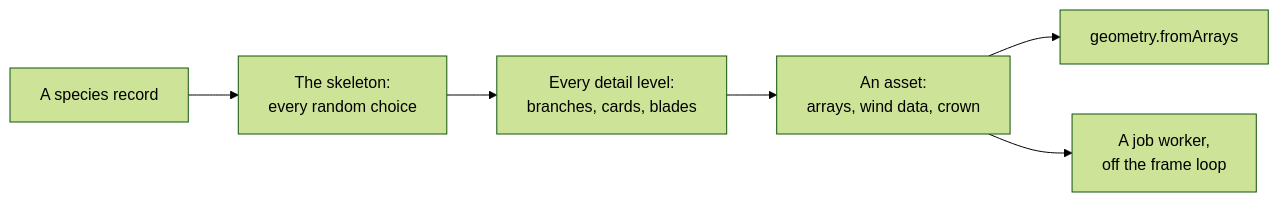
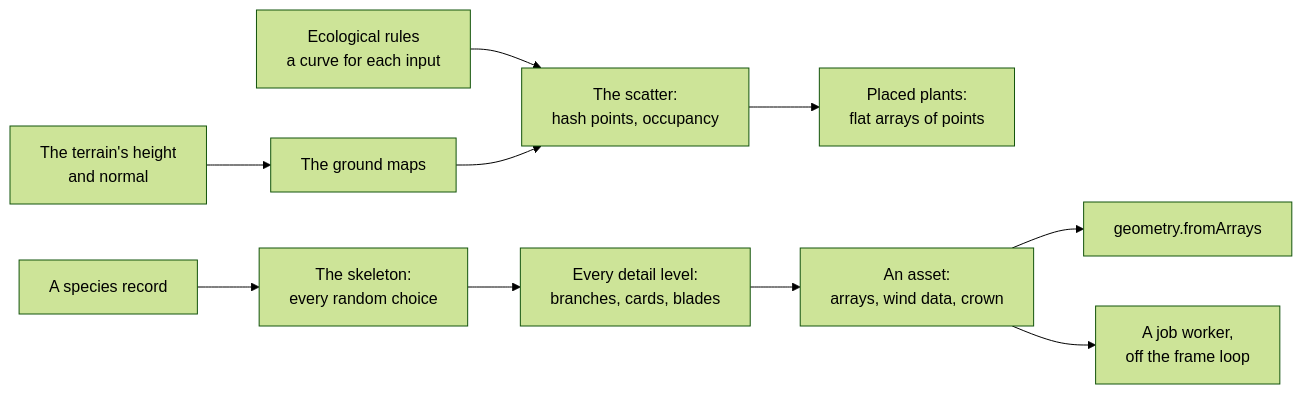
One commit to null3d-engine/null3d changed the diagram in docs/api/vegetation.md. Above: the diagram before and after it, drawn with Mermaid (forest theme). The commit also changed other lines of this file and 20 other files, not shown here.

First line of the commit message:
feat(vegetation): place plants by ecological rules

````diff
--- a/docs/api/vegetation.md
+++ b/docs/api/vegetation.md
@@ -13,8 +13,12 @@
 ```mermaid
 flowchart LR
     record["A species record"] --> grow["The skeleton:<br/>every random choice"]
     grow --> mesh["Every detail level:<br/>branches, cards, blades"]
+    ground["The terrain's height<br/>and normal"] --> maps["The ground maps"]
+    rules["Ecological rules<br/>a curve for each input"] --> scatter["The scatter:<br/>hash points, occupancy"]
+    maps --> scatter
+    scatter --> points["Placed plants:<br/>flat arrays of points"]
     mesh --> asset["An asset:<br/>arrays, wind data, crown"]
     asset --> geometry["geometry.fromArrays"]
     asset --> worker["A job worker,<br/>off the frame loop"]
 ```
````
